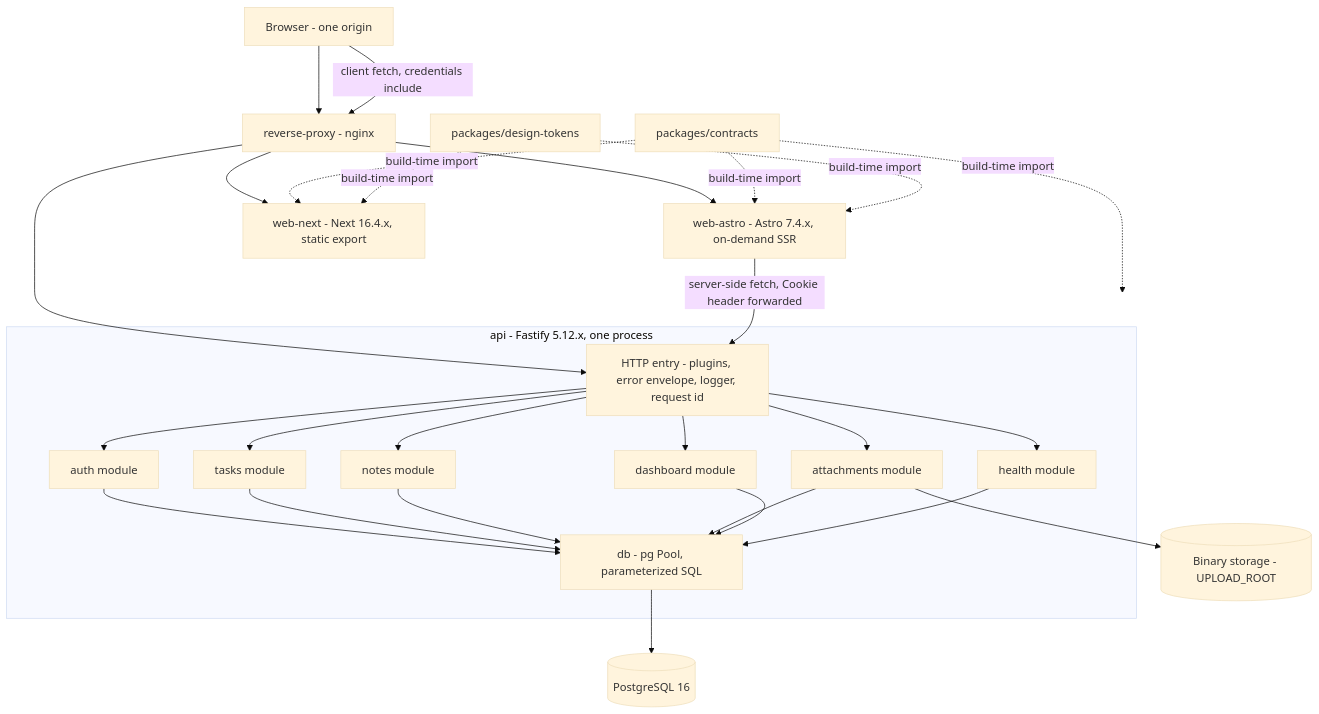
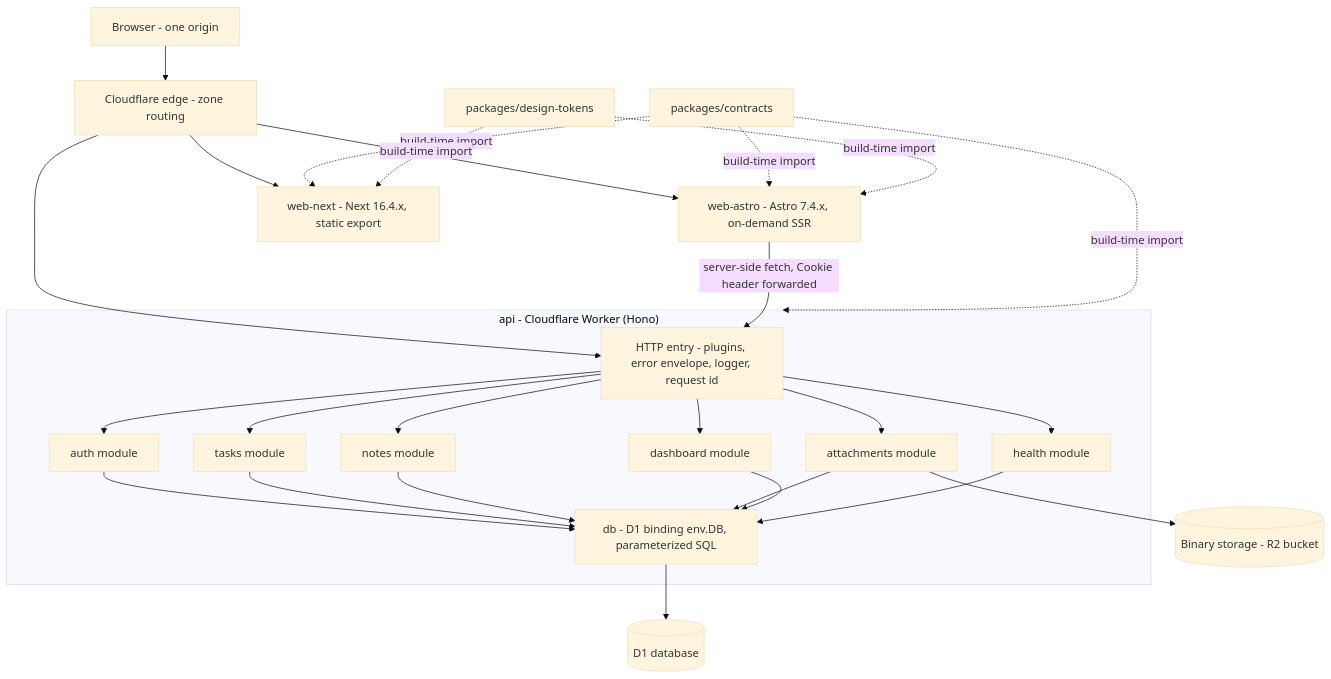
The second of 8 diagrams in .planning/03-system-architecture.md (mhiqrambg/rweb-task-management), drawn with Mermaid (base theme) before and after one commit. The commit also changed other lines of this file and 18 other files, not shown here.

First line of the commit message:
docs: align the planning set and root docs to Cloudflare Workers + D1 + R2

````diff
--- a/.planning/03-system-architecture.md
+++ b/.planning/03-system-architecture.md
@@ -74,46 +72,45 @@
 ```mermaid
 flowchart TB
   Browser["Browser - one origin"]
-  Proxy["reverse-proxy - nginx"]
+  Edge["Cloudflare edge - zone routing"]
   Astro["web-astro - Astro 7.4.x, on-demand SSR"]
   Next["web-next - Next 16.4.x, static export"]
-  subgraph ApiBox["api - Fastify 5.12.x, one process"]
+  subgraph ApiBox["api - Cloudflare Worker (Hono)"]
     ApiEdge["HTTP entry - plugins, error envelope, logger, request id"]
     AuthM["auth module"]
     TasksM["tasks module"]
     NotesM["notes module"]
     AttM["attachments module"]
     DashM["dashboard module"]
     HealthM["health module"]
-    DbLayer["db - pg Pool, parameterized SQL"]
+    DbLayer["db - D1 binding env.DB, parameterized SQL"]
     ApiEdge --> AuthM
     ApiEdge --> TasksM
     ApiEdge --> NotesM
     ApiEdge --> AttM
     ApiEdge --> DashM
     ApiEdge --> HealthM
     AuthM --> DbLayer
     TasksM --> DbLayer
     NotesM --> DbLayer
     AttM --> DbLayer
     DashM --> DbLayer
     HealthM --> DbLayer
   end
   Contracts["packages/contracts"]
   Tokens["packages/design-tokens"]
-  Pg[("PostgreSQL 16")]
-  Store[("Binary storage - UPLOAD_ROOT")]
-  Browser --> Proxy
-  Proxy --> Astro
-  Proxy --> Next
-  Proxy --> ApiEdge
+  Db[("D1 database")]
+  Store[("Binary storage - R2 bucket")]
+  Browser --> Edge
+  Edge --> Astro
+  Edge --> Next
+  Edge --> ApiEdge
   Astro -->|"server-side fetch, Cookie header forwarded"| ApiEdge
-  Browser -->|"client fetch, credentials include"| Proxy
   AttM --> Store
-  DbLayer --> Pg
+  DbLayer --> Db
   Contracts -.->|"build-time import"| Astro
   Contracts -.->|"build-time import"| Next
   Contracts -.->|"build-time import"| ApiBox
   Tokens -.->|"build-time import"| Astro
   Tokens -.->|"build-time import"| Next
 ```
````
